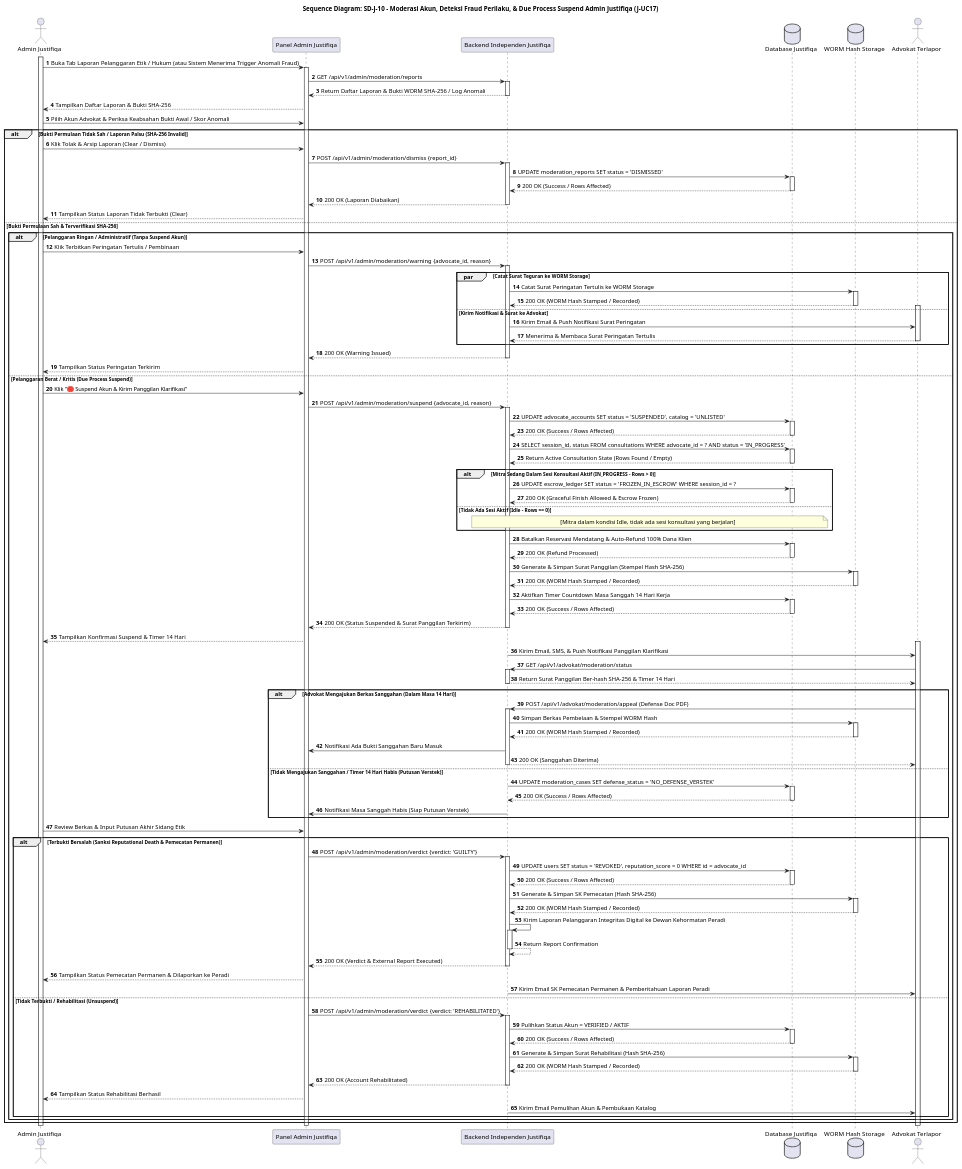
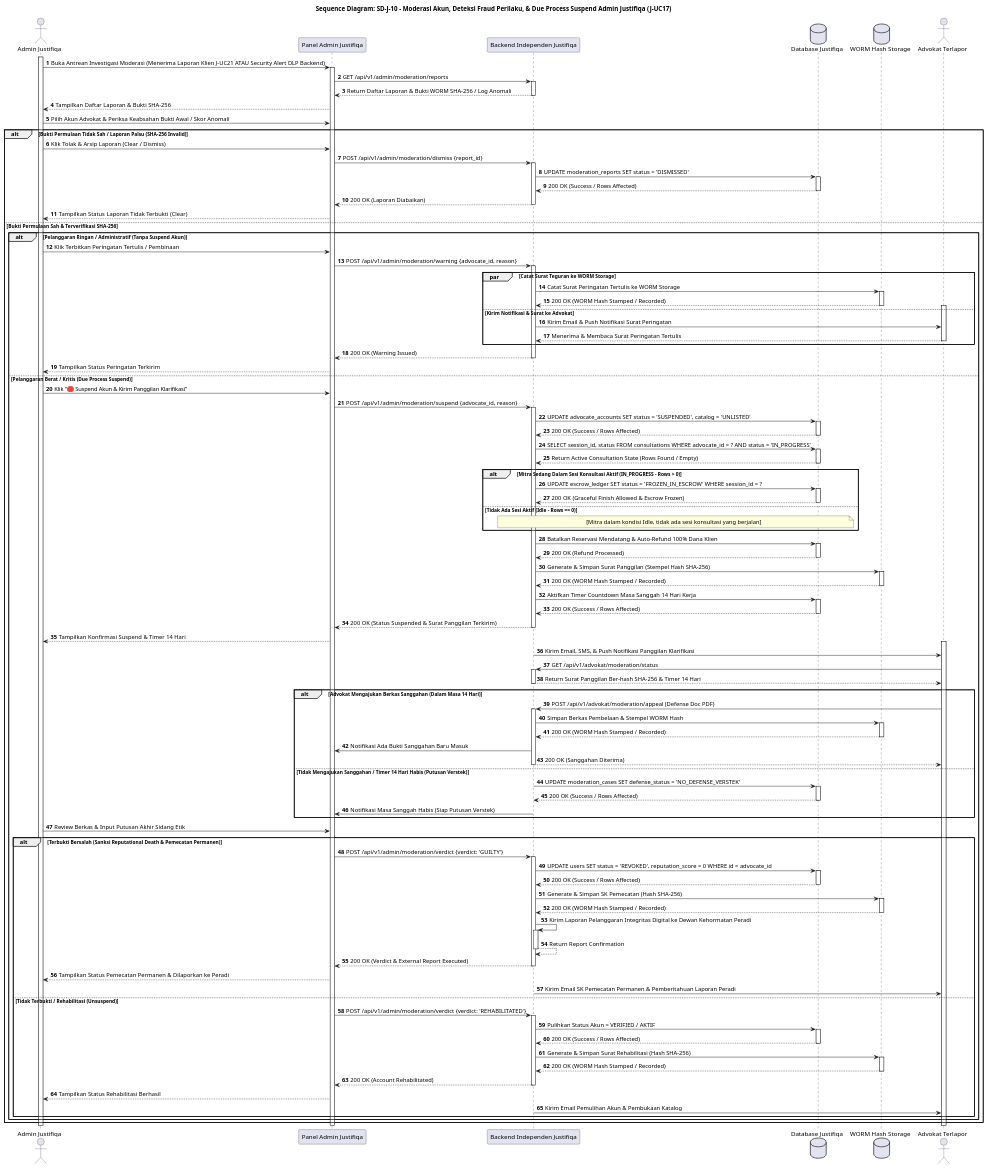
Before and after one commit to tupperwureism/SuperApp-Gagal: the tenth of 28 diagrams in MarkDown/plantuml_sequence_diagrams.md, drawn with PlantUML. The commit also changed 1 other file, not shown here.

Commit message:
docs(uml): clarify AD-J-10 and SD-J-10 entry points to explicitly accept both Client violation reports (J-UC21) and Backend automated DLP security alerts

```diff
--- a/MarkDown/plantuml_sequence_diagrams.md
+++ b/MarkDown/plantuml_sequence_diagrams.md
@@ -861,7 +861,7 @@
 actor "Advokat Terlapor" as Mitra
 
 activate Admin
-Admin -> FE ++ : Buka Tab Laporan Pelanggaran Etik / Hukum (atau Sistem Menerima Trigger Anomali Fraud)
+Admin -> FE ++ : Buka Antrean Investigasi Moderasi (Menerima Laporan Klien J-UC21 ATAU Security Alert DLP Backend)
 FE -> BE ++ : GET /api/v1/admin/moderation/reports
 BE --> FE -- : Return Daftar Laporan & Bukti WORM SHA-256 / Log Anomali
 FE --> Admin : Tampilkan Daftar Laporan & Bukti SHA-256
```
